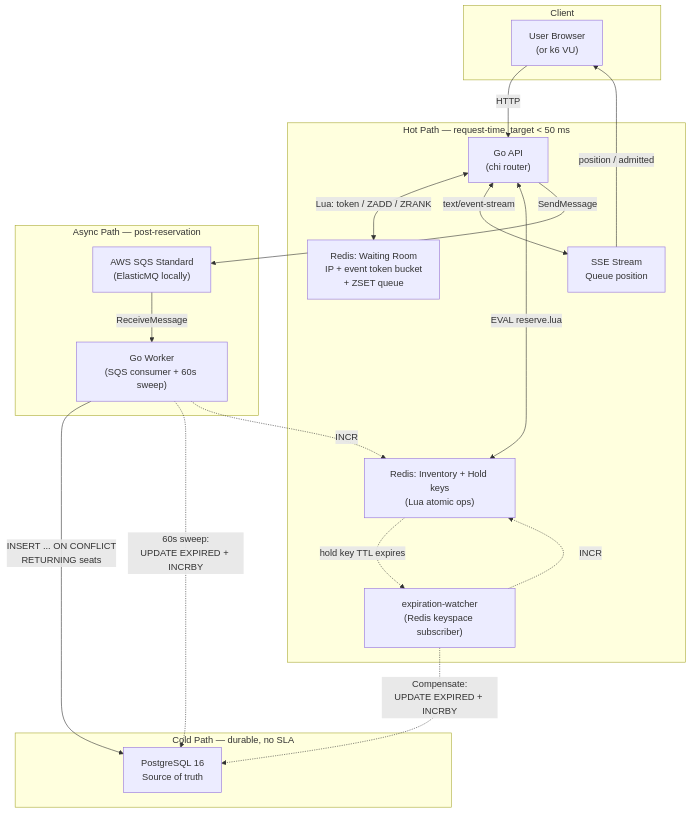
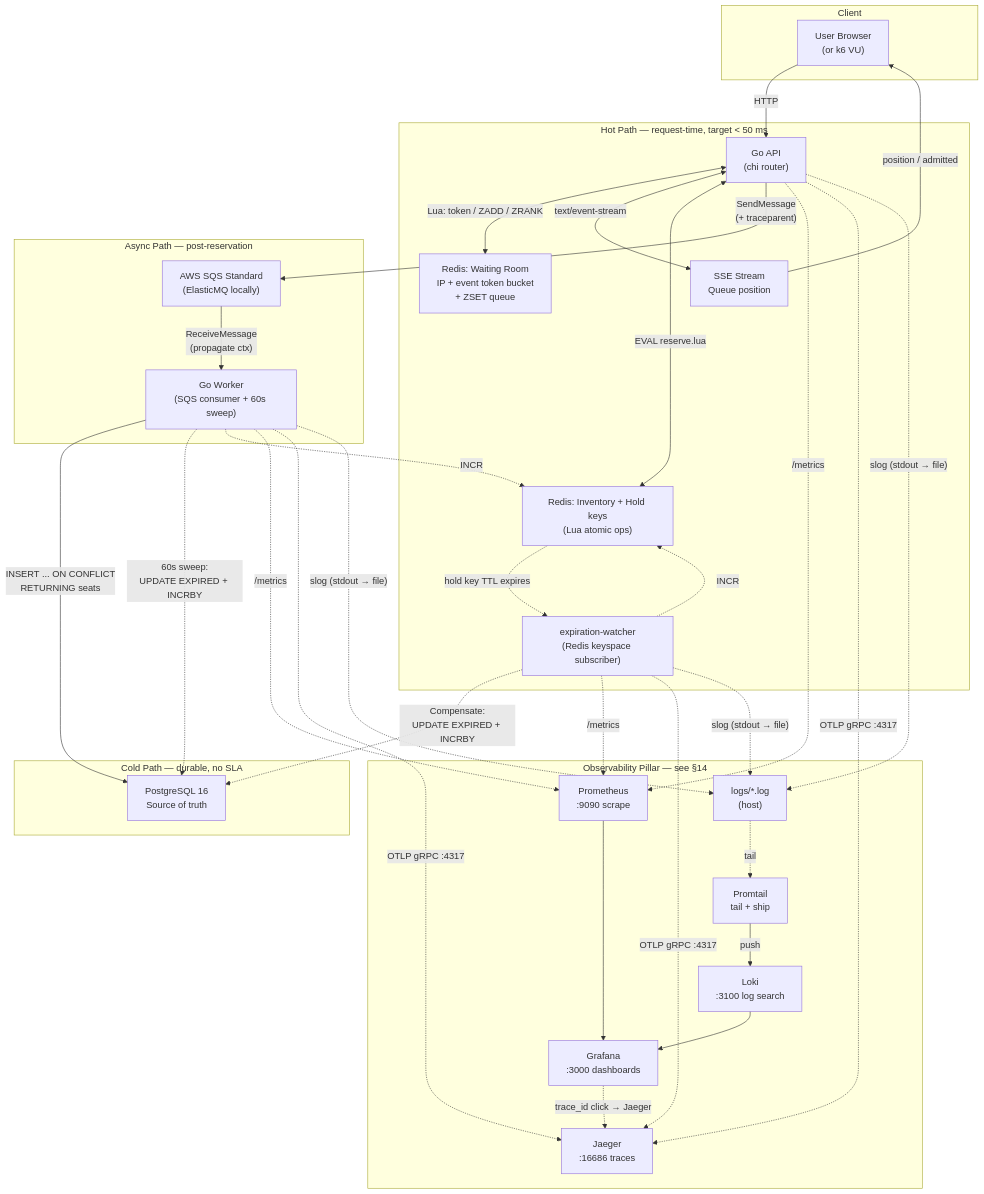
Before and after one commit to emmitt-k/ticket-deal: the first of 13 diagrams in docs/architecture.md, drawn with Mermaid. The commit also changed other lines of this file, not shown here.

First line of the commit message:
docs: refresh architecture.md for 4-pillar observability

````diff
--- a/docs/architecture.md
+++ b/docs/architecture.md
@@ -31,37 +41,63 @@
 ```mermaid
 graph TB
     subgraph Client["Client"]
         User["User Browser<br/>(or k6 VU)"]
     end
 
     subgraph HotPath["Hot Path — request-time, target < 50 ms"]
         API["Go API<br/>(chi router)"]
         RR["Redis: Waiting Room<br/>IP + event token bucket<br/>+ ZSET queue"]
         RI["Redis: Inventory + Hold keys<br/>(Lua atomic ops)"]
         SSE["SSE Stream<br/>Queue position"]
         Watcher["expiration-watcher<br/>(Redis keyspace subscriber)"]
     end
 
     subgraph AsyncPath["Async Path — post-reservation"]
         SQS["AWS SQS Standard<br/>(ElasticMQ locally)"]
         Worker["Go Worker<br/>(SQS consumer + 60s sweep)"]
     end
 
     subgraph ColdPath["Cold Path — durable, no SLA"]
         PG["PostgreSQL 16<br/>Source of truth"]
     end
 
+    subgraph Obs["Observability Pillar — see §14"]
+        Prom["Prometheus<br/>:9090 scrape"]
+        Grafana["Grafana<br/>:3000 dashboards"]
+        Jaeger["Jaeger<br/>:16686 traces"]
+        Loki["Loki<br/>:3100 log search"]
+        Promtail["Promtail<br/>tail + ship"]
+        Logs["logs/*.log<br/>(host)"]
+    end
+
     User -->|"HTTP"| API
     API <-->|"Lua: token / ZADD / ZRANK"| RR
     API <-->|"text/event-stream"| SSE
     SSE -->|"position / admitted"| User
     API <-->|"EVAL reserve.lua"| RI
-    API -->|"SendMessage"| SQS
-    SQS -->|"ReceiveMessage"| Worker
+    API -->|"SendMessage<br/>(+ traceparent)"| SQS
+    SQS -->|"ReceiveMessage<br/>(propagate ctx)"| Worker
     Worker -->|"INSERT ... ON CONFLICT<br/>RETURNING seats"| PG
     RI -.->|"hold key TTL expires"| Watcher
     Watcher -.->|"Compensate:<br/>UPDATE EXPIRED + INCRBY"| PG
     Watcher -.->|"INCR"| RI
     Worker -.->|"60s sweep:<br/>UPDATE EXPIRED + INCRBY"| PG
     Worker -.->|"INCR"| RI
+
+    API -.->|"/metrics"| Prom
+    Worker -.->|"/metrics"| Prom
+    Watcher -.->|"/metrics"| Prom
+    Prom --> Grafana
+
+    API -.->|"OTLP gRPC :4317"| Jaeger
+    Worker -.->|"OTLP gRPC :4317"| Jaeger
+    Watcher -.->|"OTLP gRPC :4317"| Jaeger
+
+    API -.->|"slog (stdout → file)"| Logs
+    Worker -.->|"slog (stdout → file)"| Logs
+    Watcher -.->|"slog (stdout → file)"| Logs
+    Logs -.->|"tail"| Promtail
+    Promtail -->|"push"| Loki
+    Loki --> Grafana
+    Grafana -.->|"trace_id click → Jaeger"| Jaeger
 ```
````
